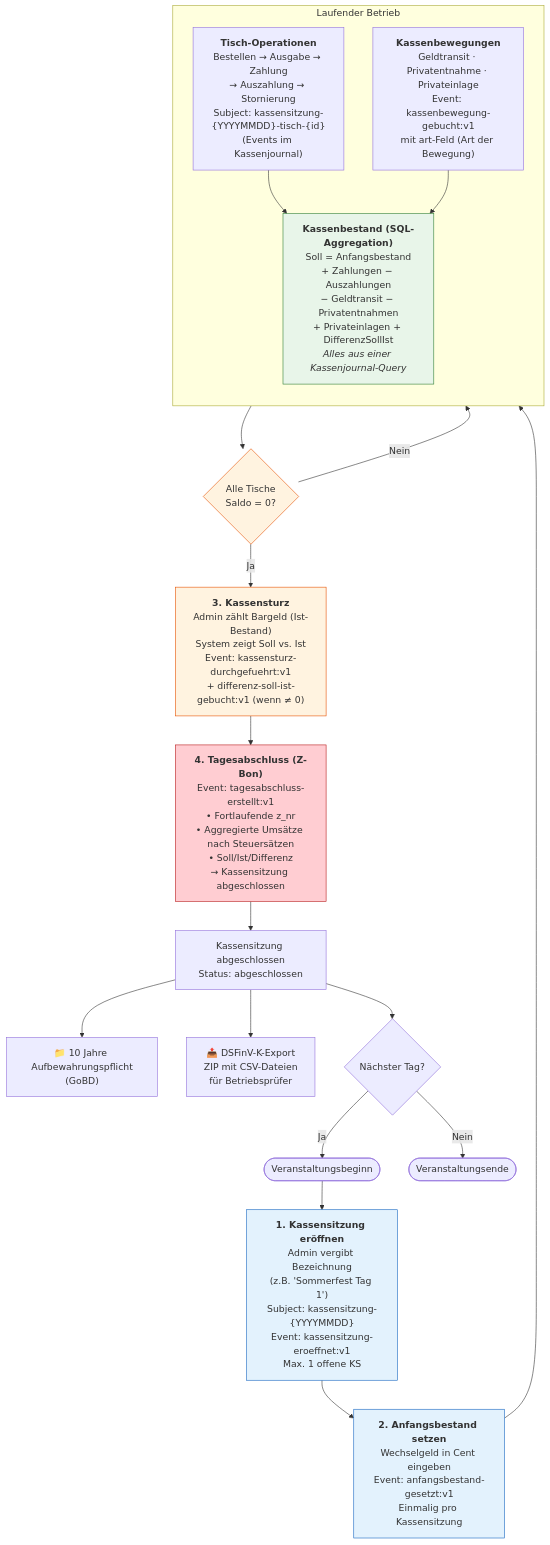
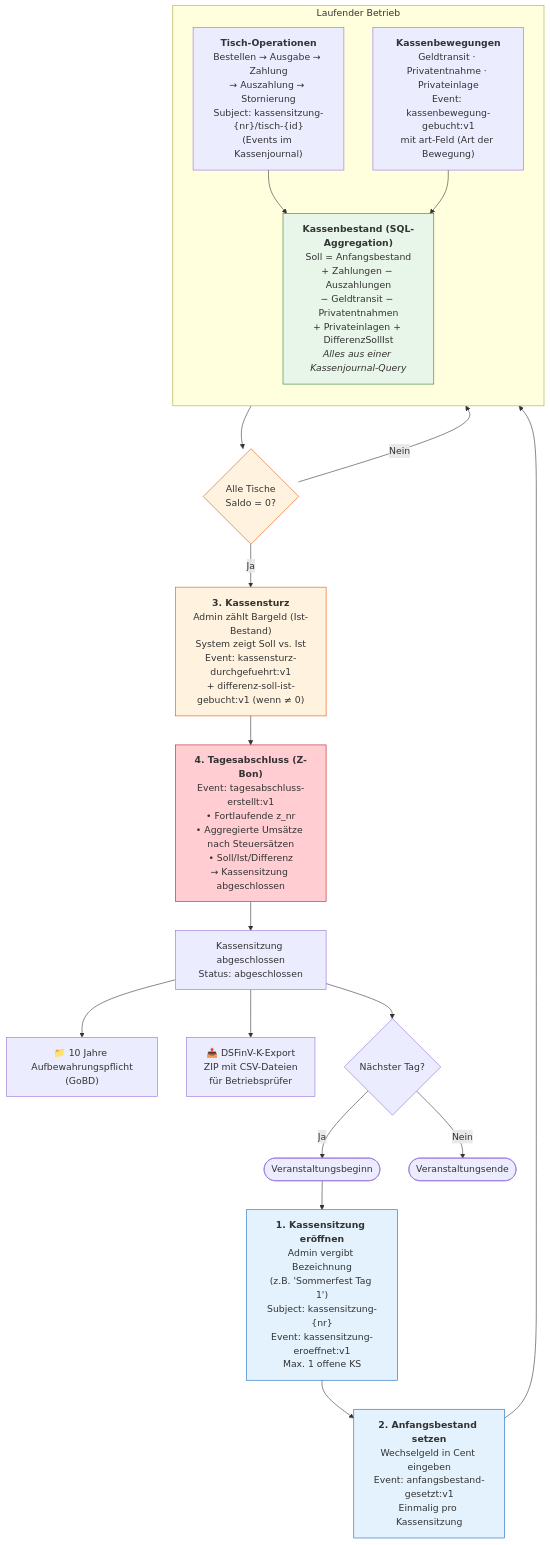
One commit to nicograef/jotti changed the ninth of 19 diagrams in docs/diagrams.md. Above: the diagram before and after it, drawn with Mermaid. The commit also changed other lines of this file and 21 other files, not shown here.

First line of the commit message:
refactor: replace kassensitzung_state projection with kassensitzungen CRUD entity and adopt nr-based subject format

````diff
--- a/docs/diagrams.md
+++ b/docs/diagrams.md
@@ -381,46 +381,46 @@
 ```mermaid
 flowchart TD
     Start([Veranstaltungsbeginn])
 
-    Start --> KS["<b>1. Kassensitzung eröffnen</b><br/>Admin vergibt Bezeichnung<br/>(z.B. 'Sommerfest Tag 1')<br/>Subject: kassensitzung-{YYYYMMDD}<br/>Event: kassensitzung-eroeffnet:v1<br/>Max. 1 offene KS"]
+    Start --> KS["<b>1. Kassensitzung eröffnen</b><br/>Admin vergibt Bezeichnung<br/>(z.B. 'Sommerfest Tag 1')<br/>Subject: kassensitzung-{nr}<br/>Event: kassensitzung-eroeffnet:v1<br/>Max. 1 offene KS"]
 
     KS --> AB["<b>2. Anfangsbestand setzen</b><br/>Wechselgeld in Cent eingeben<br/>Event: anfangsbestand-gesetzt:v1<br/>Einmalig pro Kassensitzung"]
 
     AB --> Betrieb
 
     subgraph Betrieb ["Laufender Betrieb"]
         direction TB
-        KB["<b>Tisch-Operationen</b><br/>Bestellen → Ausgabe → Zahlung<br/>→ Auszahlung → Stornierung<br/>Subject: kassensitzung-{YYYYMMDD}-tisch-{id}<br/>(Events im Kassenjournal)"]
+        KB["<b>Tisch-Operationen</b><br/>Bestellen → Ausgabe → Zahlung<br/>→ Auszahlung → Stornierung<br/>Subject: kassensitzung-{nr}/tisch-{id}<br/>(Events im Kassenjournal)"]
 
         BW["<b>Kassenbewegungen</b><br/>Geldtransit · Privatentnahme · Privateinlage<br/>Event: kassenbewegung-gebucht:v1<br/>mit art-Feld (Art der Bewegung)"]
 
         Bestand["<b>Kassenbestand (SQL-Aggregation)</b><br/>Soll = Anfangsbestand<br/>+ Zahlungen − Auszahlungen<br/>− Geldtransit − Privatentnahmen<br/>+ Privateinlagen + DifferenzSollIst<br/><i>Alles aus einer Kassenjournal-Query</i>"]
 
         KB --> Bestand
         BW --> Bestand
     end
 
     Betrieb --> Saldo{"Alle Tische<br/>Saldo = 0?"}
     Saldo -->|Nein| Betrieb
     Saldo -->|Ja| KSturz
 
     KSturz["<b>3. Kassensturz</b><br/>Admin zählt Bargeld (Ist-Bestand)<br/>System zeigt Soll vs. Ist<br/>Event: kassensturz-durchgefuehrt:v1<br/>+ differenz-soll-ist-gebucht:v1 (wenn ≠ 0)"]
 
     KSturz --> ZBon["<b>4. Tagesabschluss (Z-Bon)</b><br/>Event: tagesabschluss-erstellt:v1<br/>• Fortlaufende z_nr<br/>• Aggregierte Umsätze nach Steuersätzen<br/>• Soll/Ist/Differenz<br/>→ Kassensitzung abgeschlossen"]
 
     ZBon --> Close["Kassensitzung abgeschlossen<br/>Status: abgeschlossen"]
 
     Close --> Aufbewahrung["📁 10 Jahre Aufbewahrungspflicht<br/>(GoBD)"]
     Close --> Export["📤 DSFinV-K-Export<br/>ZIP mit CSV-Dateien<br/>für Betriebsprüfer"]
     Close --> Nächster{Nächster Tag?}
 
     Nächster -->|Ja| Start
     Nächster -->|Nein| Ende([Veranstaltungsende])
 
     style KS fill:#e3f2fd,stroke:#1565c0
     style AB fill:#e3f2fd,stroke:#1565c0
     style Saldo fill:#fff3e0,stroke:#e65100
     style KSturz fill:#fff3e0,stroke:#e65100
     style ZBon fill:#ffcdd2,stroke:#b71c1c
     style Bestand fill:#e8f5e9,stroke:#2e7d32
 ```
````
